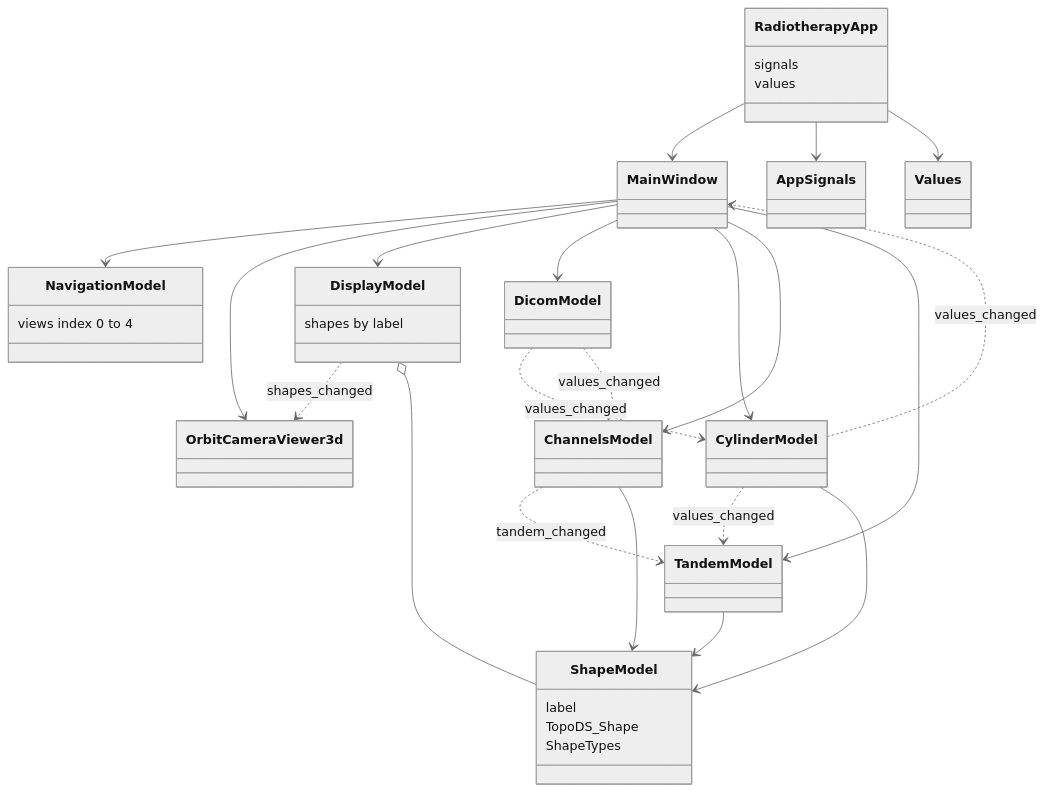
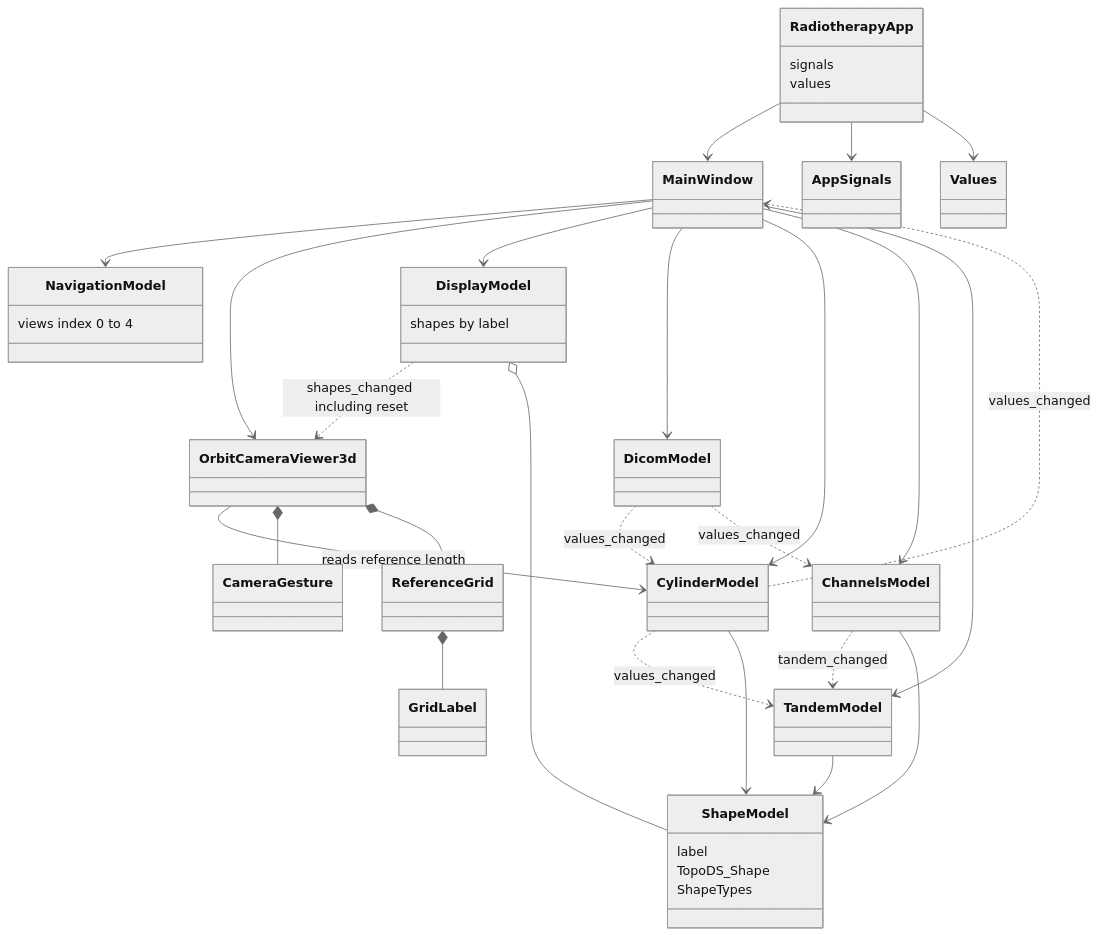
The diagram in docs/architecture/diagrams/existing-framework/uml.mmd (COSC-499-W2026/capstone-project-team-10), drawn with Mermaid (neutral theme) before and after one commit. The commit also changed 14 other files, not shown here.

```diff
--- a/docs/architecture/diagrams/existing-framework/uml.mmd
+++ b/docs/architecture/diagrams/existing-framework/uml.mmd
@@ -1,45 +1,52 @@
 %% title: UML
 %% alt: UML of RadiotherapyApp, the models MainWindow creates, the signals between them and back to MainWindow, and ShapeModel
 classDiagram
   class RadiotherapyApp {
     signals
     values
   }
   class MainWindow
   class NavigationModel {
     views index 0 to 4
   }
   class DisplayModel {
     shapes by label
   }
   class OrbitCameraViewer3d
+  class CameraGesture
+  class ReferenceGrid
+  class GridLabel
   class DicomModel
   class CylinderModel
   class ChannelsModel
   class TandemModel
   class ShapeModel {
     label
     TopoDS_Shape
     ShapeTypes
   }
 
   RadiotherapyApp --> MainWindow
   RadiotherapyApp --> AppSignals
   RadiotherapyApp --> Values
   MainWindow --> NavigationModel
   MainWindow --> OrbitCameraViewer3d
   MainWindow --> DisplayModel
-  DisplayModel ..> OrbitCameraViewer3d : shapes_changed
+  DisplayModel ..> OrbitCameraViewer3d : shapes_changed including reset
+  OrbitCameraViewer3d --> CylinderModel : reads reference length
+  OrbitCameraViewer3d *-- CameraGesture
+  OrbitCameraViewer3d *-- ReferenceGrid
+  ReferenceGrid *-- GridLabel
   MainWindow --> DicomModel
   MainWindow --> CylinderModel
   MainWindow --> ChannelsModel
   MainWindow --> TandemModel
   DicomModel ..> CylinderModel : values_changed
   DicomModel ..> ChannelsModel : values_changed
   CylinderModel ..> TandemModel : values_changed
   CylinderModel ..> MainWindow : values_changed
   ChannelsModel ..> TandemModel : tandem_changed
   CylinderModel --> ShapeModel
   ChannelsModel --> ShapeModel
   TandemModel --> ShapeModel
   DisplayModel o-- ShapeModel
```
